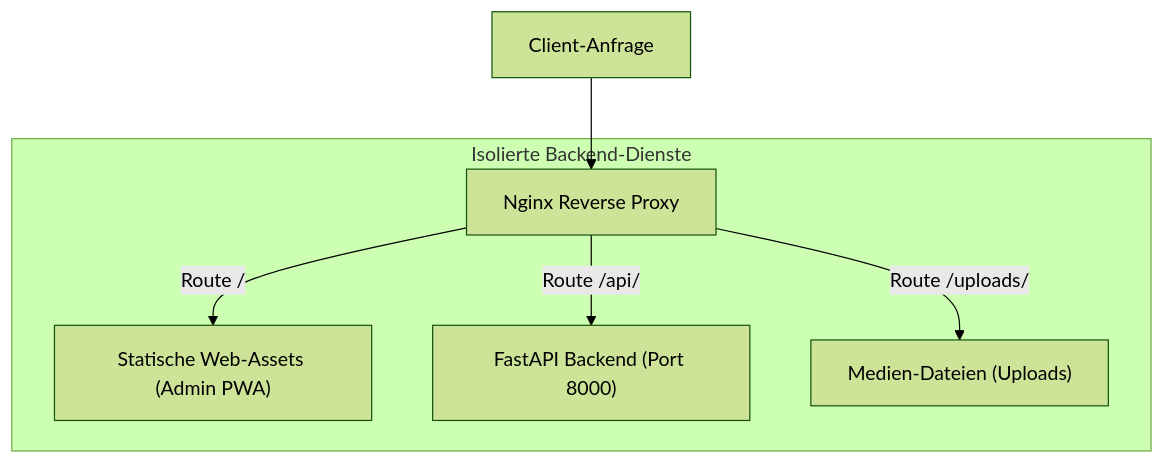
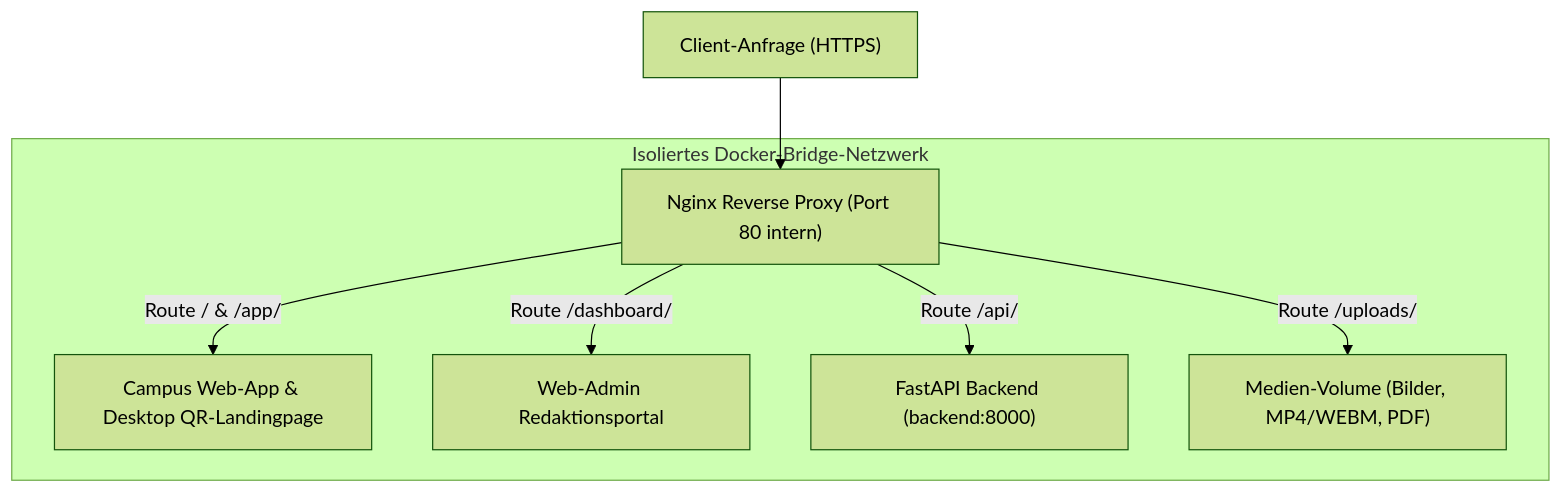
The second of 3 diagrams in content/posts/upa-campus-app-architecture-part-3/index.de.md (Pascal-Thommen/pascal-thommen.github.io), drawn with Mermaid (forest theme) before and after one commit. The commit also changed other lines of this file and 20 other files, not shown here.

Commit message:
feat(posts): refine UPA Campus App architecture series with holistic webapp mental model and specification depth

````diff
--- a/content/posts/upa-campus-app-architecture-part-3/index.de.md
+++ b/content/posts/upa-campus-app-architecture-part-3/index.de.md
@@ -52,9 +50,10 @@
 ```mermaid
 flowchart TD
-    Client["Client-Anfrage"] --> Nginx["Nginx Reverse Proxy"]
-    subgraph Container_Netzwerk["Isolierte Backend-Dienste"]
-        Nginx -->|Route /| Frontend["Statische Web-Assets (Admin PWA)"]
-        Nginx -->|Route /api/| FastAPI["FastAPI Backend (Port 8000)"]
-        Nginx -->|Route /uploads/| Uploads["Medien-Dateien (Uploads)"]
+    Client["Client-Anfrage (HTTPS)"] --> Nginx["Nginx Reverse Proxy (Port 80 intern)"]
+    subgraph Container_Netzwerk["Isoliertes Docker-Bridge-Netzwerk"]
+        Nginx -->|Route / & /app/| WebApp["Campus Web-App & Desktop QR-Landingpage"]
+        Nginx -->|Route /dashboard/| AdminUI["Web-Admin Redaktionsportal"]
+        Nginx -->|Route /api/| FastAPI["FastAPI Backend (backend:8000)"]
+        Nginx -->|Route /uploads/| Uploads["Medien-Volume (Bilder, MP4/WEBM, PDF)"]
     end
 ```
````
